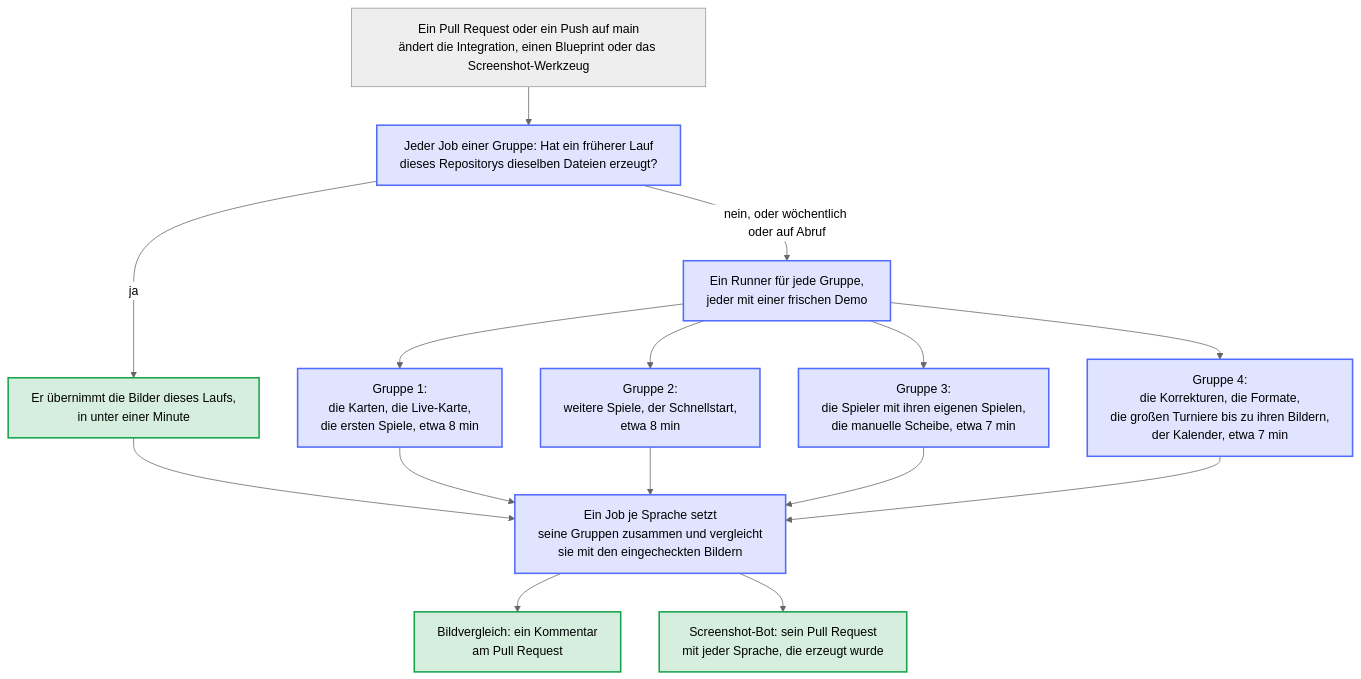
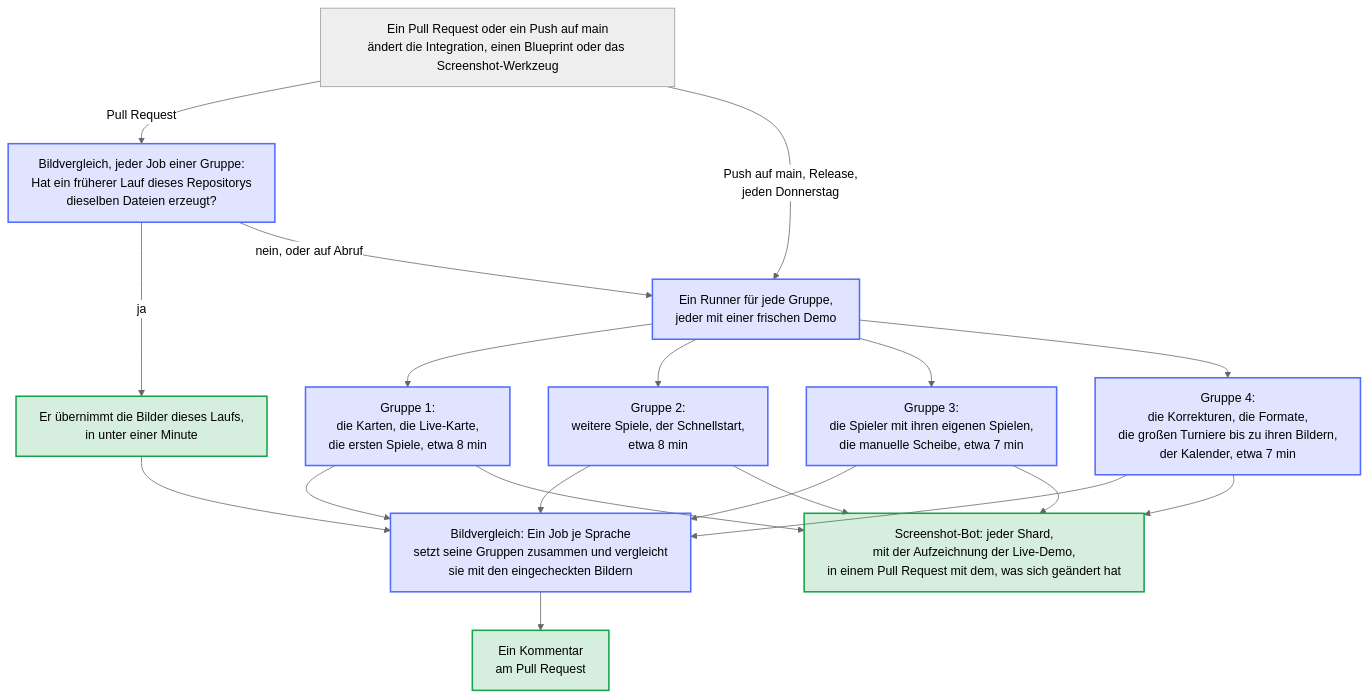
The diagram in docs/diagrams/screenshot-groups.de.mmd (Dennis-Otto/homedarts-for-autodarts), drawn with Mermaid (neutral theme) before and after one commit. The commit also changed 28 other files, not shown here.

First line of the commit message:
ci: HomeDarts renders its screenshots with the shared screenshot bot (#618)

```diff
--- a/docs/diagrams/screenshot-groups.de.mmd
+++ b/docs/diagrams/screenshot-groups.de.mmd
@@ -1,26 +1,28 @@
 ---
 config:
   flowchart:
     wrappingWidth: 400
 ---
 flowchart TB
   accTitle: Wie Bildvergleich und Screenshot-Bot die Bilder in Gruppen erzeugen
-  accDescr: Jede Sprache wird in vier Gruppen gleichzeitig erzeugt, jede Gruppe auf einem eigenen Runner. Zuerst sucht jeder Job einer Gruppe einen früheren Lauf des Bildvergleichs oder des Screenshot-Bots auf einem Branch dieses Repositorys, der dieselben Dateien erzeugt hat; dessen Bilder übernimmt er in unter einer Minute. Sonst erzeugt er sie aus einer frischen Demo. Die Karten und die ersten Spiele bilden Gruppe 1, weitere Spiele mit dem Schnellstart Gruppe 2, die Spieler mit ihren eigenen Spielen und die Dartscheibe ohne Autodarts Gruppe 3, die Korrekturen eines Darts, die Formate, die großen Turniere und der Kalender Gruppe 4. Danach setzt ein Job je Sprache die Bilder seiner vier Gruppen zusammen und vergleicht sie mit den eingecheckten Bildern. Der Bildvergleich schreibt den Vergleich in einen Kommentar am Pull Request; der Screenshot-Bot aktualisiert seinen Pull Request mit jeder Sprache, die erzeugt wurde.
+  accDescr: Jede Sprache wird in vier Gruppen gleichzeitig erzeugt, jede Gruppe auf einem eigenen Runner. Für einen Pull Request sucht jeder Job einer Gruppe des Bildvergleichs zuerst einen früheren Lauf des Bildvergleichs auf einem Branch dieses Repositorys, der dieselben Dateien erzeugt hat; dessen Bilder übernimmt er in unter einer Minute. Sonst, und in jedem Lauf des Screenshot-Bots, wird jede Gruppe aus einer frischen Demo erzeugt. Die Karten und die ersten Spiele bilden Gruppe 1, weitere Spiele mit dem Schnellstart Gruppe 2, die Spieler mit ihren eigenen Spielen und die Dartscheibe ohne Autodarts Gruppe 3, die Korrekturen eines Darts, die Formate, die großen Turniere und der Kalender Gruppe 4. Der Bildvergleich setzt die vier Gruppen jeder Sprache zusammen, vergleicht sie mit den eingecheckten Bildern und schreibt den Vergleich in einen Kommentar am Pull Request. Der Screenshot-Bot erzeugt jede Gruppe jeder Sprache als eigenen Shard, neben der Aufzeichnung der Live-Demo, und hält, sobald jeder Shard erzeugt ist, einen Pull Request mit jedem Bild, das sich geändert hat.
 
-  START["Ein Pull Request oder ein Push auf main<br/>ändert die Integration, einen Blueprint oder das Screenshot-Werkzeug"] --> KEY
-  KEY["Jeder Job einer Gruppe: Hat ein früherer Lauf<br/>dieses Repositorys dieselben Dateien erzeugt?"]
+  START["Ein Pull Request oder ein Push auf main<br/>ändert die Integration, einen Blueprint oder das Screenshot-Werkzeug"]
+  START -->|"Pull Request"| KEY
+  START -->|"Push auf main, Release,<br/>jeden Donnerstag"| RENDER
+  KEY["Bildvergleich, jeder Job einer Gruppe:<br/>Hat ein früherer Lauf dieses Repositorys<br/>dieselben Dateien erzeugt?"]
   KEY -->|"ja"| TAKE["Er übernimmt die Bilder dieses Laufs,<br/>in unter einer Minute"]
-  KEY -->|"nein, oder wöchentlich oder auf Abruf"| RENDER["Ein Runner für jede Gruppe,<br/>jeder mit einer frischen Demo"]
+  KEY -->|"nein, oder auf Abruf"| RENDER["Ein Runner für jede Gruppe,<br/>jeder mit einer frischen Demo"]
   RENDER --> G1 & G2 & G3 & G4
   G1["Gruppe 1:<br/>die Karten, die Live-Karte,<br/>die ersten Spiele, etwa 8 min"]
   G2["Gruppe 2:<br/>weitere Spiele, der Schnellstart,<br/>etwa 8 min"]
   G3["Gruppe 3:<br/>die Spieler mit ihren eigenen Spielen,<br/>die manuelle Scheibe, etwa 7 min"]
   G4["Gruppe 4:<br/>die Korrekturen, die Formate,<br/>die großen Turniere bis zu ihren Bildern,<br/>der Kalender, etwa 7 min"]
-  TAKE & G1 & G2 & G3 & G4 --> COLLECT["Ein Job je Sprache setzt<br/>seine Gruppen zusammen und vergleicht<br/>sie mit den eingecheckten Bildern"]
-  COLLECT --> COMMENT["Bildvergleich: ein Kommentar<br/>am Pull Request"]
-  COLLECT --> BOT["Screenshot-Bot: sein Pull Request<br/>mit jeder Sprache, die erzeugt wurde"]
+  TAKE & G1 & G2 & G3 & G4 --> COLLECT["Bildvergleich: Ein Job je Sprache<br/>setzt seine Gruppen zusammen und vergleicht<br/>sie mit den eingecheckten Bildern"]
+  COLLECT --> COMMENT["Ein Kommentar<br/>am Pull Request"]
+  G1 & G2 & G3 & G4 --> BOT["Screenshot-Bot: jeder Shard,<br/>mit der Aufzeichnung der Live-Demo,<br/>in einem Pull Request mit dem, was sich geändert hat"]
 
   classDef bot fill:#526cfe2e,stroke:#526cfe,stroke-width:2px
   classDef done fill:#16a34a2e,stroke:#16a34a,stroke-width:2px
   class KEY,RENDER,G1,G2,G3,G4,COLLECT bot
   class TAKE,COMMENT,BOT done
```
